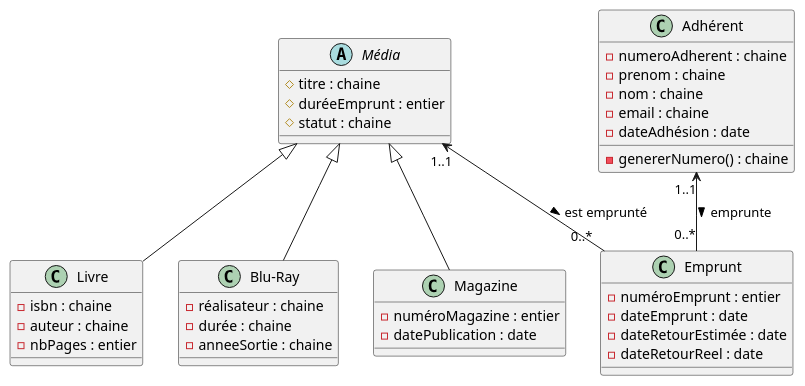
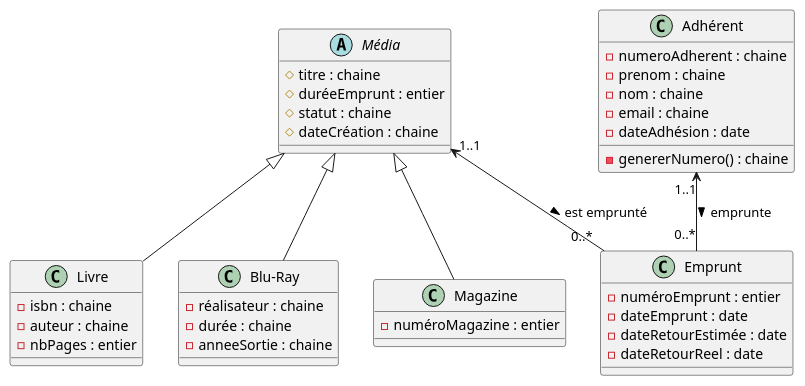
One commit to thogio8/php-projet-bibliotheque changed the diagram in documentation/diagrammeDeClasse.puml. Above: the diagram before and after it, drawn with PlantUML. The commit also changed 30 other files, not shown here.

```diff
--- a/documentation/diagrammeDeClasse.puml
+++ b/documentation/diagrammeDeClasse.puml
@@ -1,50 +1,50 @@
 @startuml
 
 abstract class "Média" as M{
     # titre : chaine
     # duréeEmprunt : entier
     # statut : chaine
+    # dateCréation : chaine
 }
 
 class "Livre" as L{
     - isbn : chaine
     - auteur : chaine
     - nbPages : entier
 }
 
 class "Blu-Ray" as BR{
     - réalisateur : chaine
     - durée : chaine
     - anneeSortie : chaine
 }
 
 class "Magazine" as Ma{
     - numéroMagazine : entier
-    - datePublication : date
 }
 
 class "Adhérent" as A{
     - numeroAdherent : chaine
     - prenom : chaine
     - nom : chaine
     - email : chaine
     - dateAdhésion : date
     - genererNumero() : chaine
 }
 
 class "Emprunt" as E{
     - numéroEmprunt : entier
     - dateEmprunt : date
     - dateRetourEstimée : date
     - dateRetourReel : date
 }
 
 M <|-- L
 M <|-- BR
 M <|-- Ma
 M "1..1" <-- "              0..*"E : est emprunté >
 A "1..1" <-- "0..*"E : emprunte >
 
 
 
 @enduml
```
